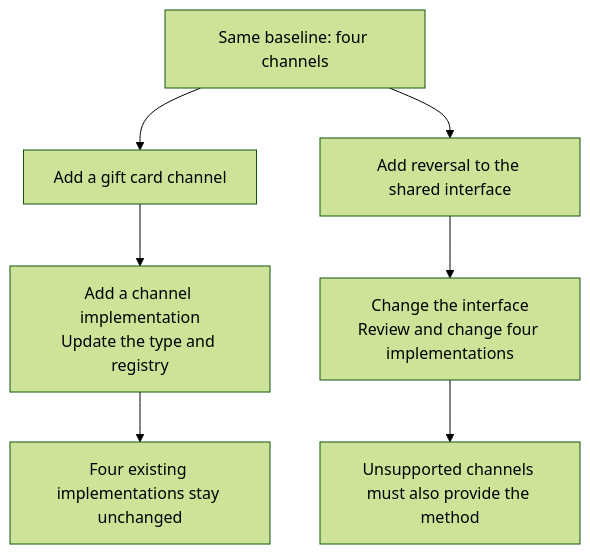
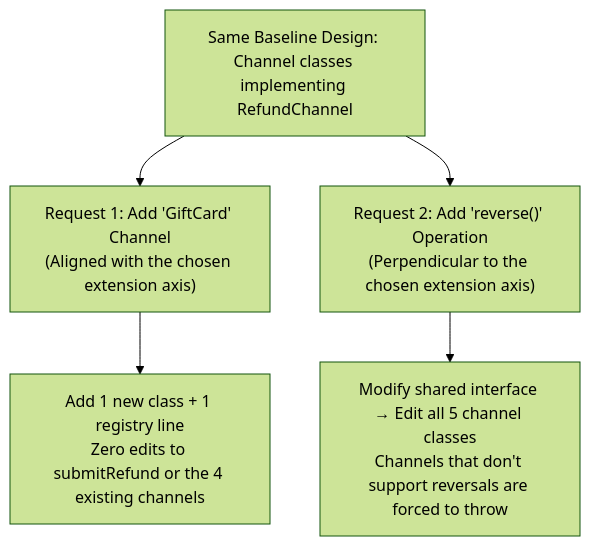
Before and after one commit to ffzz/blog: the first of 2 diagrams in src/content/notes/en/open-closed-only-the-guessed-axis.md, drawn with Mermaid (forest theme). The commit also changed other lines of this file and 16 other files, not shown here.

````diff
--- a/src/content/notes/en/open-closed-only-the-guessed-axis.md
+++ b/src/content/notes/en/open-closed-only-the-guessed-axis.md
@@ -90,9 +99,9 @@
 ```mermaid
 flowchart TB
-    A["Same baseline: four channels"] --> B["Add a gift card channel"]
-    A --> C["Add reversal to the shared interface"]
-    B --> D["Add a channel implementation<br/>Update the type and registry"]
-    D --> E["Four existing implementations stay unchanged"]
-    C --> F["Change the interface<br/>Review and change four implementations"]
-    F --> G["Unsupported channels must also provide the method"]
+    Base["Same Baseline Design: Channel classes implementing RefundChannel"]
+    Base --> ReqA["Request 1: Add 'GiftCard' Channel<br/>(Aligned with the chosen extension axis)"]
+    Base --> ReqB["Request 2: Add 'reverse()' Operation<br/>(Perpendicular to the chosen extension axis)"]
+
+    ReqA --> ResA["Add 1 new class + 1 registry line<br/>Zero edits to submitRefund or the 4 existing channels"]
+    ReqB --> ResB["Modify shared interface → Edit all 5 channel classes<br/>Channels that don't support reversals are forced to throw"]
 ```
````
